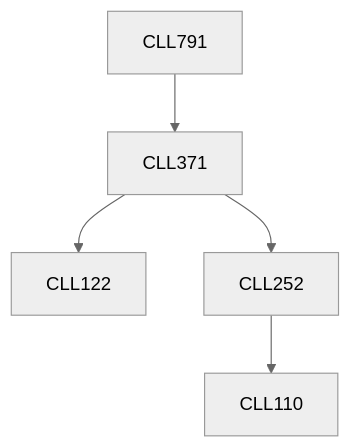
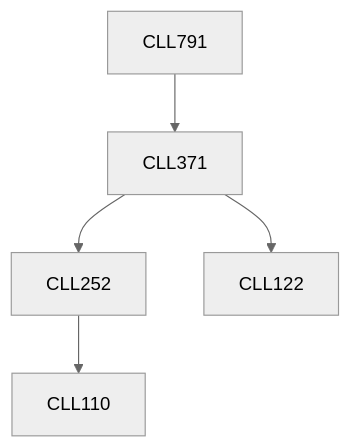
One commit to KeshavBansal0122/CoS_Website changed the diagram in content/Chemical Engineering/CLL791.md. Above: the diagram before and after it, drawn with Mermaid (neutral theme). The commit also changed other lines of this file and 2662 other files, not shown here.

````diff
--- a/content/Chemical Engineering/CLL791.md
+++ b/content/Chemical Engineering/CLL791.md
@@ -13,11 +13,11 @@
 ```mermaid
 flowchart TD
 CLL791-164[CLL791]
+CLL252-164 --> CLL110-164[CLL110]
+CLL791-164 --> CLL371-164[CLL371]
 CLL371-164 --> CLL122-164[CLL122]
-CLL252-164 --> CLL110-164[CLL110]
 CLL371-164 --> CLL252-164[CLL252]
-CLL791-164 --> CLL371-164[CLL371]
 
 classDef empty height:17px, fill:transparent, stroke:transparent;
 classDef trueEmpty height:0px, width:0px;
 ```
````
